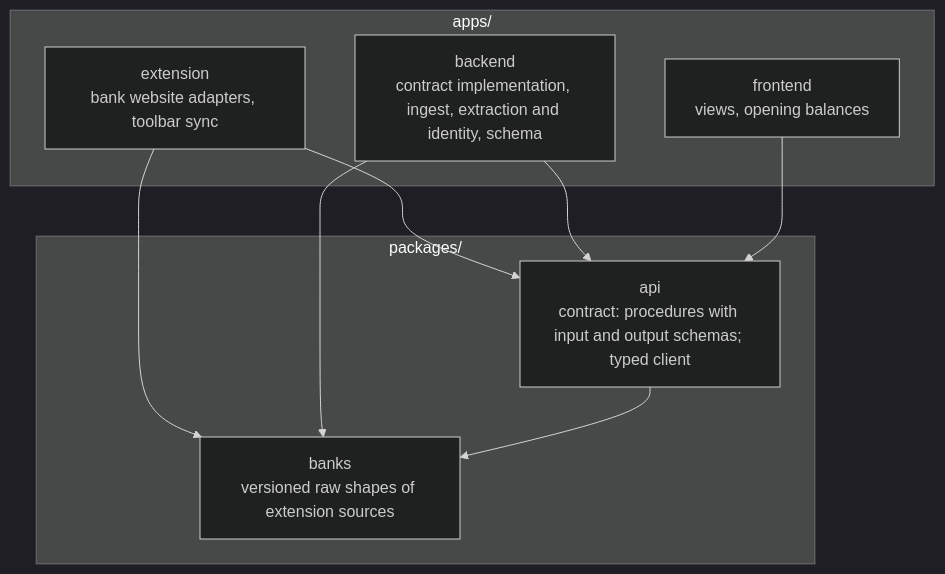
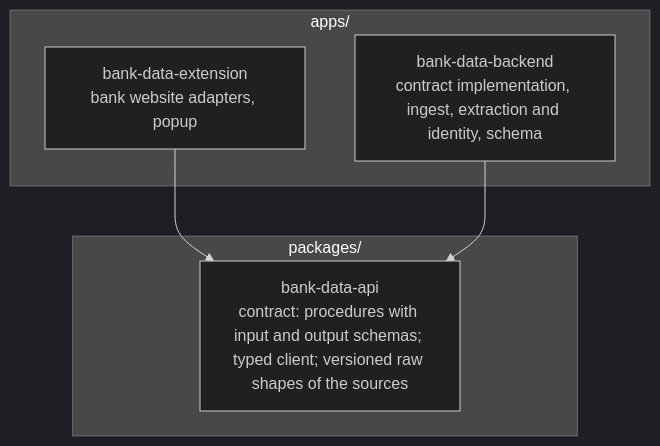
The fourth of 5 diagrams in docs/architecture.md (lennartmoeller/finance-tracker), drawn with Mermaid (dark theme) before and after one commit. The commit also changed other lines of this file and 53 other files, not shown here.

Commit message:
feat!: make the extension the bank data service's only interface (#15)

````diff
--- a/docs/architecture.md
+++ b/docs/architecture.md
@@ -108,18 +112,12 @@
 ```mermaid
 flowchart TD
   subgraph apps["apps/"]
-    extension["extension<br/>bank website adapters, toolbar sync"]
-    backend["backend<br/>contract implementation, ingest, extraction and identity, schema"]
-    frontend["frontend<br/>views, opening balances"]
+    extension["bank-data-extension<br/>bank website adapters, popup"]
+    backend["bank-data-backend<br/>contract implementation, ingest, extraction and identity, schema"]
   end
   subgraph packages["packages/"]
-    api["api<br/>contract: procedures with input and output schemas; typed client"]
-    banks["banks<br/>versioned raw shapes of extension sources"]
+    api["bank-data-api<br/>contract: procedures with input and output schemas; typed client; versioned raw shapes of the sources"]
   end
   extension --> api
-  extension --> banks
   backend --> api
-  backend --> banks
-  frontend --> api
-  api --> banks
 ```
````
